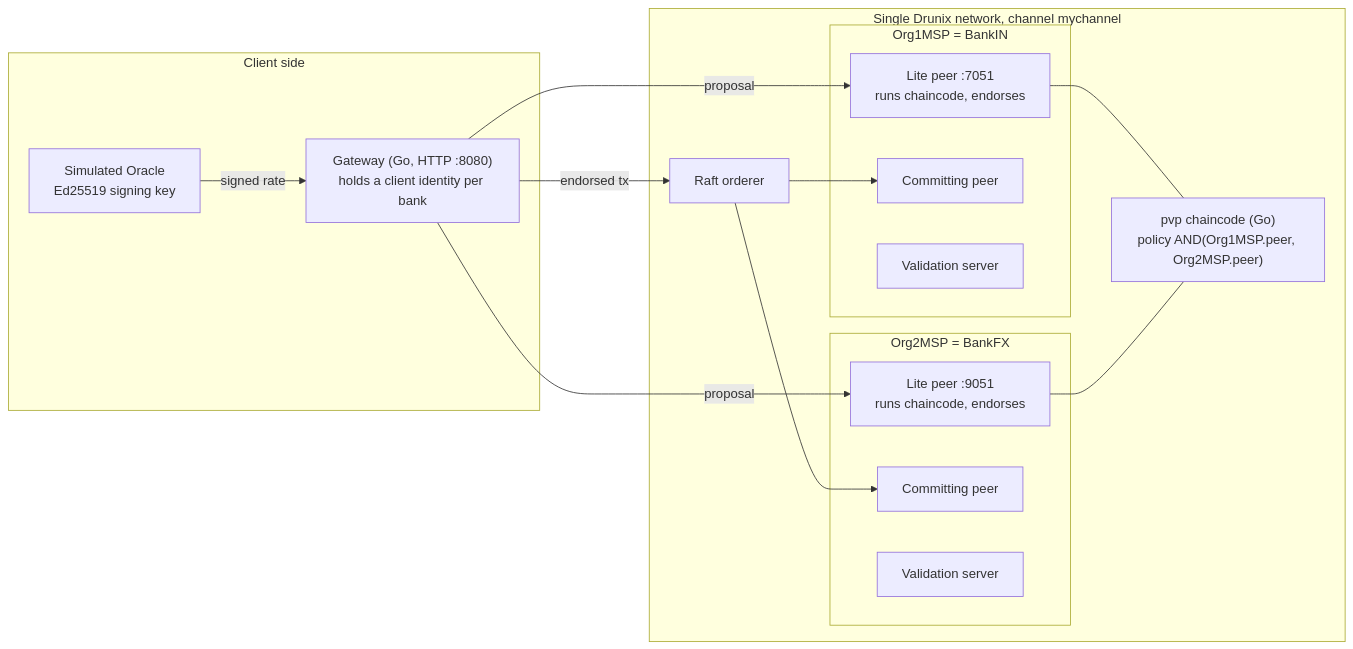
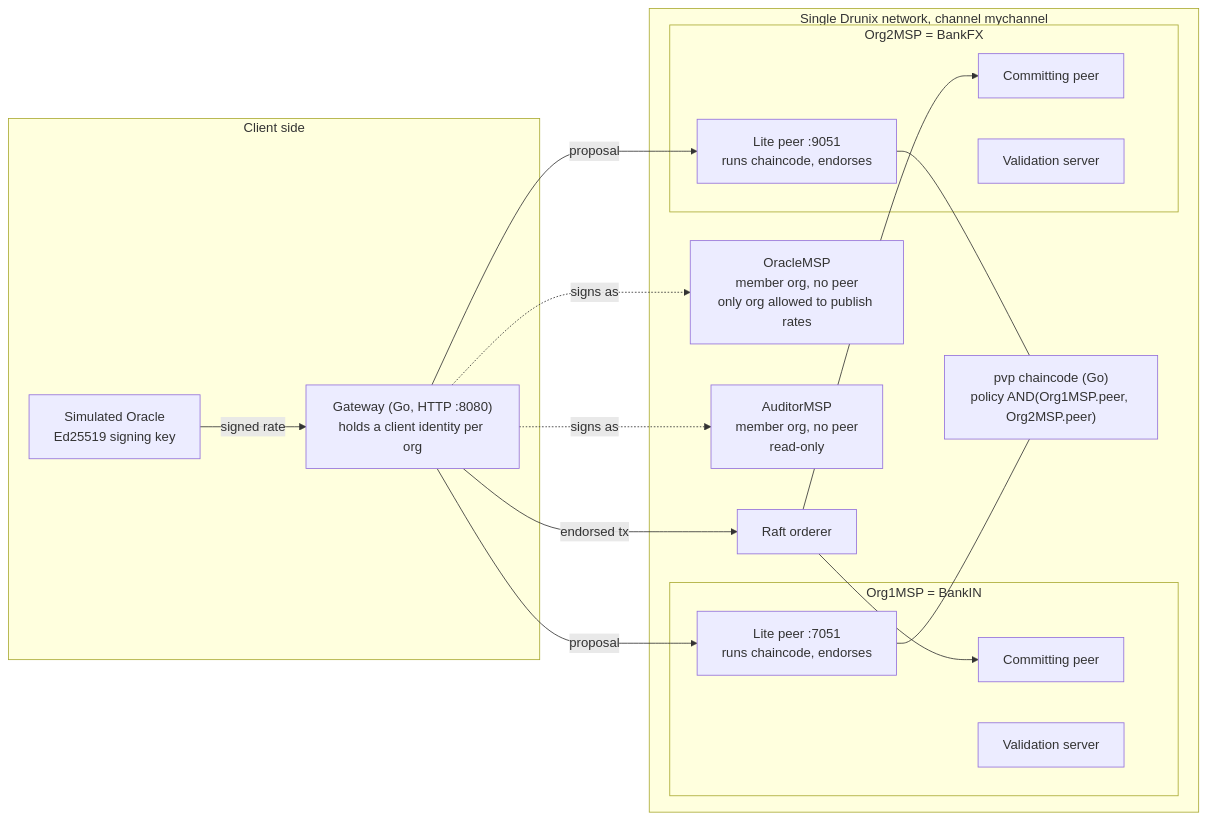
Before and after one commit to shraddha-1210/Advait: the diagram in README.md, drawn with Mermaid. The commit also changed other lines of this file and 21 other files, not shown here.

Commit message:
Add real Oracle and Auditor MSPs on 4-org Drunix network, update tests, frontend, README

````diff
--- a/README.md
+++ b/README.md
@@ -21,31 +21,35 @@
 ```mermaid
 flowchart LR
     subgraph Client side
-        API["Gateway (Go, HTTP :8080)<br/>holds a client identity per bank"]
+        API["Gateway (Go, HTTP :8080)<br/>holds a client identity per org"]
         OR["Simulated Oracle<br/>Ed25519 signing key"]
     end
 
     subgraph DN["Single Drunix network, channel mychannel"]
         subgraph O1["Org1MSP = BankIN"]
             LP1["Lite peer :7051<br/>runs chaincode, endorses"]
             CP1["Committing peer"]
             VS1["Validation server"]
         end
         subgraph O2["Org2MSP = BankFX"]
             LP2["Lite peer :9051<br/>runs chaincode, endorses"]
             CP2["Committing peer"]
             VS2["Validation server"]
         end
+        ORACLE["OracleMSP<br/>member org, no peer<br/>only org allowed to publish rates"]
+        AUDITOR["AuditorMSP<br/>member org, no peer<br/>read-only"]
         ORD["Raft orderer"]
         CC["pvp chaincode (Go)<br/>policy AND(Org1MSP.peer, Org2MSP.peer)"]
     end
 
     OR -- signed rate --> API
+    API -. "signs as" .-> ORACLE
+    API -. "signs as" .-> AUDITOR
     API -- proposal --> LP1
     API -- proposal --> LP2
     LP1 --- CC
     LP2 --- CC
     API -- endorsed tx --> ORD
     ORD --> CP1
     ORD --> CP2
 ```
````
